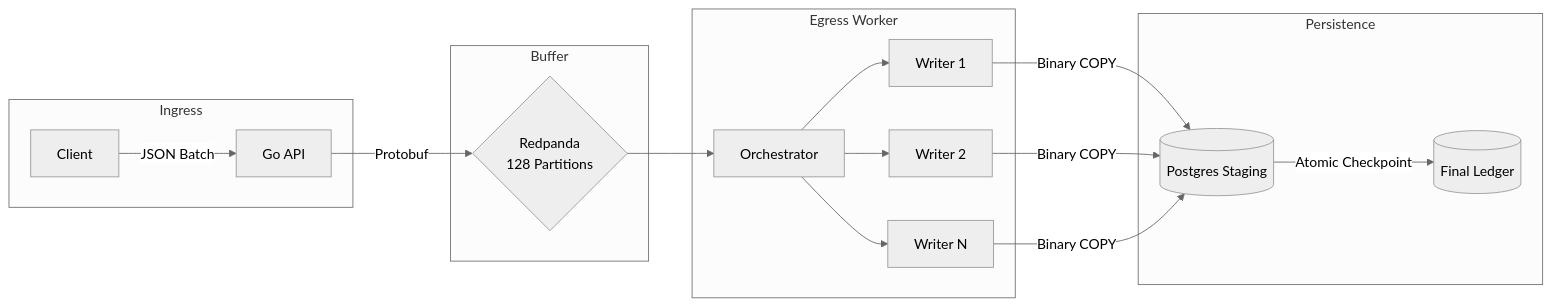
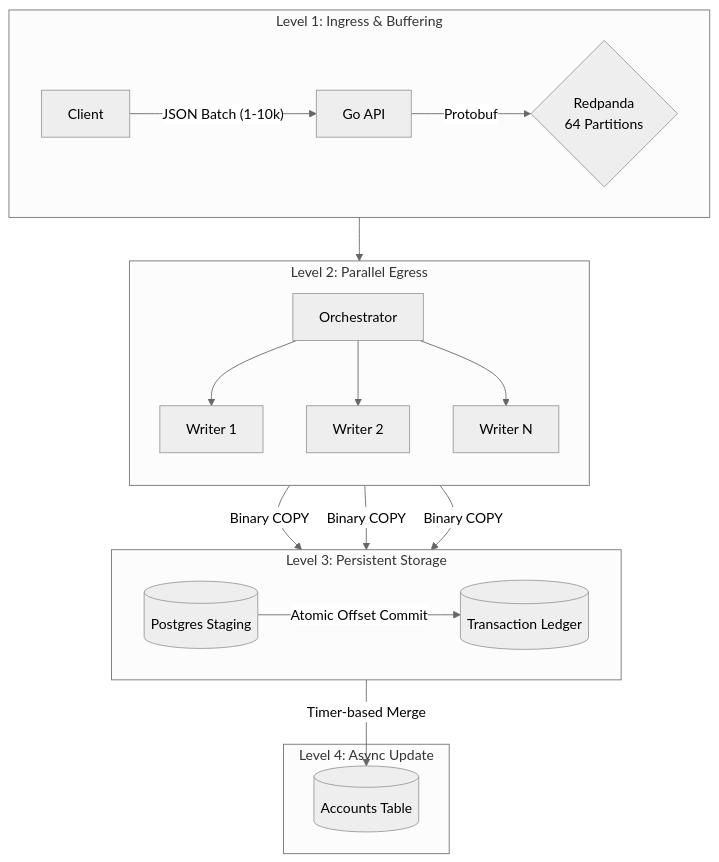
The diagram in README.md (alexmcook/transaction-ledger), drawn with Mermaid (neutral theme) before and after one commit. The commit also changed other lines of this file and 6 other files, not shown here.

````diff
--- a/README.md
+++ b/README.md
@@ -11,22 +11,26 @@
 ```mermaid
-graph LR
-    subgraph Ingress
-    A[Client] -- JSON Batch --> B[Go API]
+graph TB
+    subgraph L1 [Level 1: Ingress & Buffering]
+        direction LR
+        A[Client] -- "JSON Batch (1-10k)" --> B[Go API]
+        B -- "Protobuf" --> C{Redpanda<br/>64 Partitions}
     end
-    
-    subgraph Buffer
-    B -- Protobuf --> C{Redpanda<br/>128 Partitions}
+
+    subgraph L2 [Level 2: Parallel Egress]
+        direction TB
+        C --> D[Orchestrator]
+        D --> E1[Writer 1]
+        D --> E2[Writer 2]
+        D --> En[Writer N]
     end
-    
-    subgraph Egress Worker
-    C --> D[Orchestrator]
-    D --> E1[Writer 1]
-    D --> E2[Writer 2]
-    D --> E3[Writer N]
+
+    subgraph L3 [Level 3: Persistent Storage]
+        direction LR
+        E1 & E2 & En -- "Binary COPY" --> F[(Postgres Staging)]
+        F -- "Atomic Offset Commit" --> G[(Transaction Ledger)]
     end
-    
-    subgraph Persistence
-    E1 & E2 & E3 -- Binary COPY --> F[(Postgres Staging)]
-    F -- Atomic Checkpoint --> G[(Final Ledger)]
+
+    subgraph L4 [Level 4: Async Update]
+        G -- "Timer-based Merge" --> H[(Accounts Table)]
     end
 ```
````
